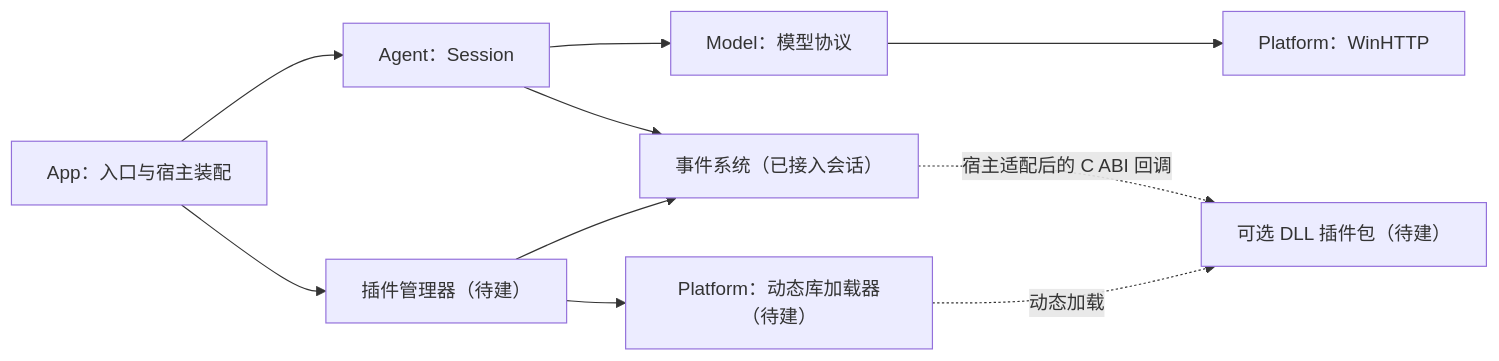
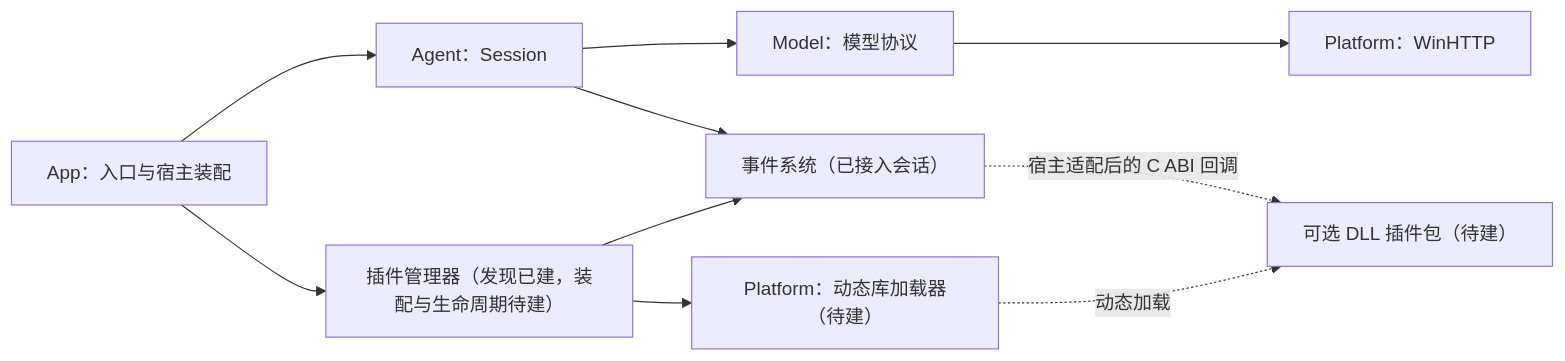
The diagram in docs/foundation-development-guide.md (AuraKaliya/DaFeiYu-), drawn with Mermaid before and after one commit. The commit also changed other lines of this file and 7 other files, not shown here.

````diff
--- a/docs/foundation-development-guide.md
+++ b/docs/foundation-development-guide.md
@@ -49,12 +52,12 @@
 ```mermaid
 flowchart LR
     App["App：入口与宿主装配"] --> Agent["Agent：Session"]
     Agent --> Model["Model：模型协议"]
     Model --> HTTP["Platform：WinHTTP"]
-    App --> Manager["插件管理器（待建）"]
+    App --> Manager["插件管理器（发现已建，装配与生命周期待建）"]
     Agent --> Events["事件系统（已接入会话）"]
     Manager --> Events
     Manager --> Loader["Platform：动态库加载器（待建）"]
     Loader -. "动态加载" .-> Plugin["可选 DLL 插件包（待建）"]
     Events -. "宿主适配后的 C ABI 回调" .-> Plugin
 ```
````
